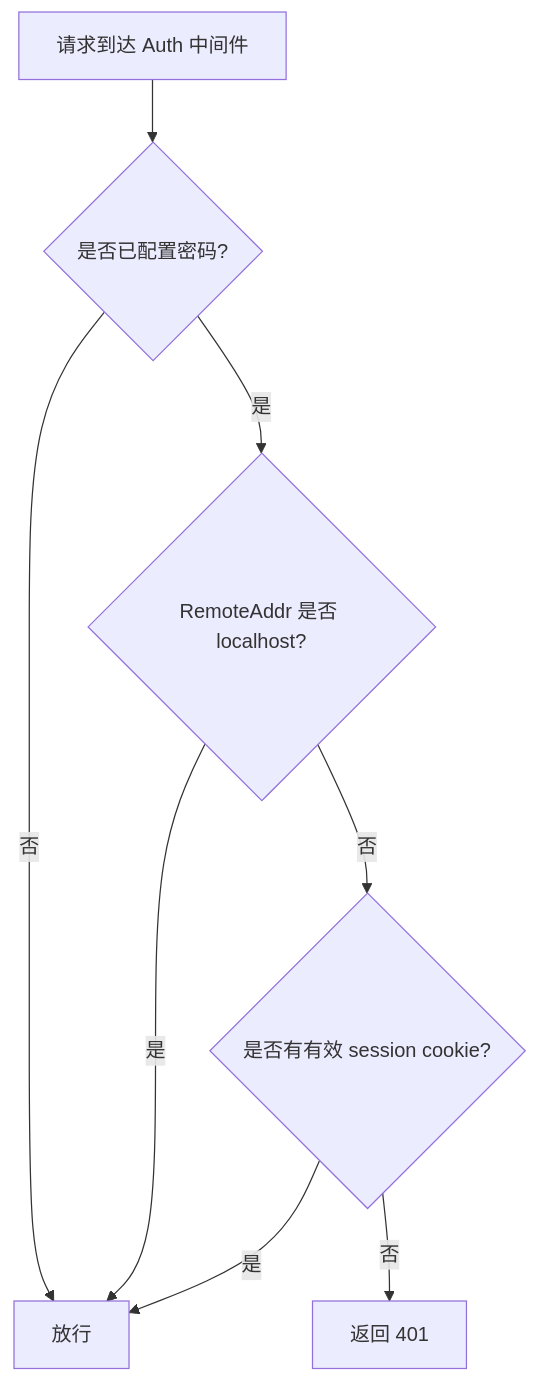
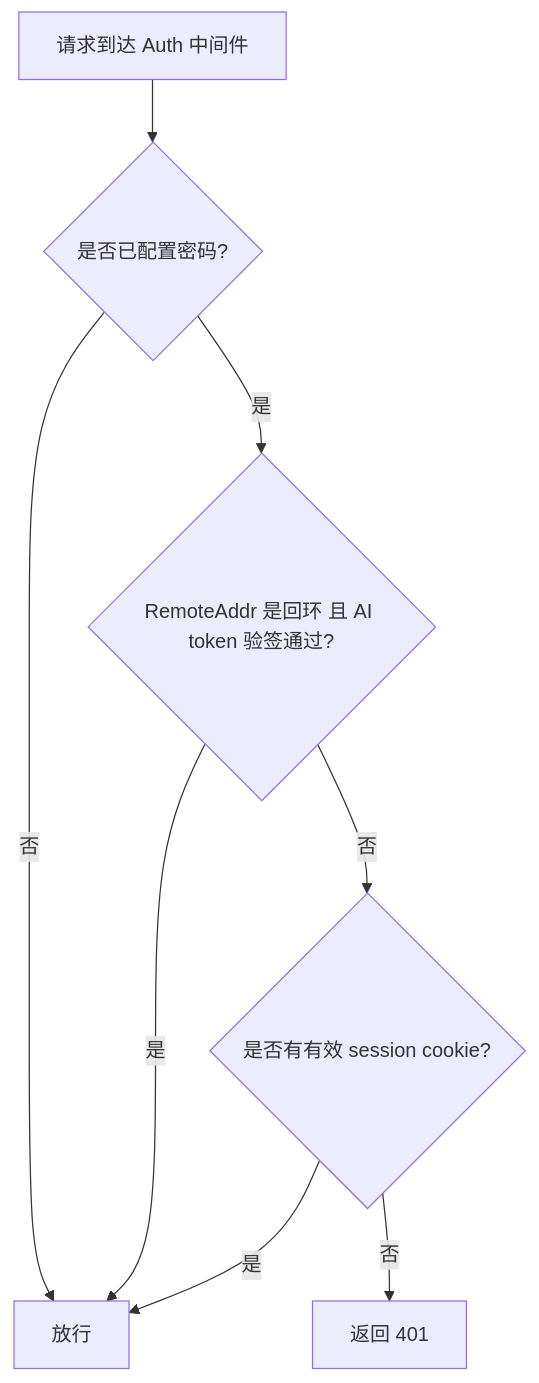
Before and after one commit to clawbench-dev/clawbench: the second of 2 diagrams in docs/spec/infra/auth-and-middleware.md, drawn with Mermaid. The commit also changed other lines of this file and 27 other files, not shown here.

````diff
--- a/docs/spec/infra/auth-and-middleware.md
+++ b/docs/spec/infra/auth-and-middleware.md
@@ -24,10 +24,10 @@
 ```mermaid
 flowchart TD
     A[请求到达 Auth 中间件] --> B{是否已配置密码?}
     B -->|否| C[放行]
-    B -->|是| D{RemoteAddr 是否 localhost?}
+    B -->|是| D{RemoteAddr 是回环 且 AI token 验签通过?}
     D -->|是| C
     D -->|否| E{是否有有效 session cookie?}
     E -->|是| C
     E -->|否| F[返回 401]
 ```
````
